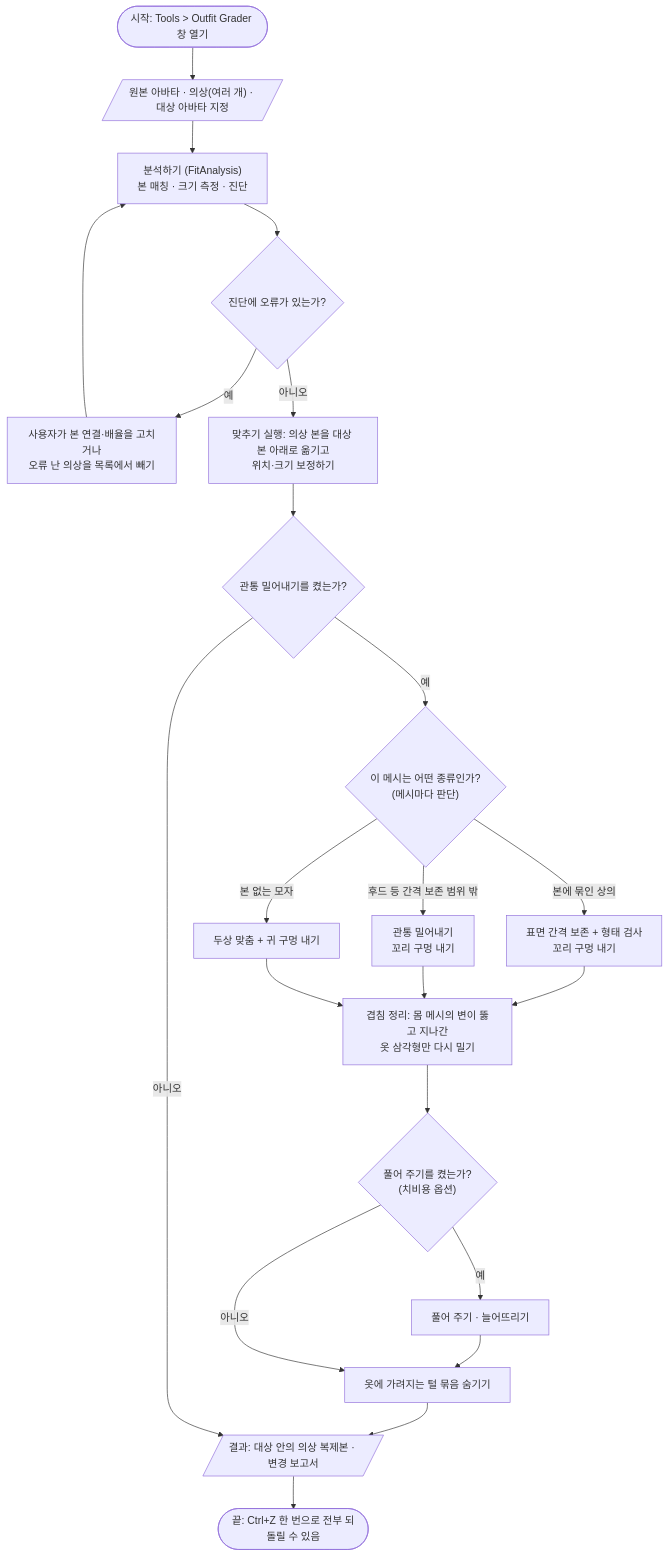
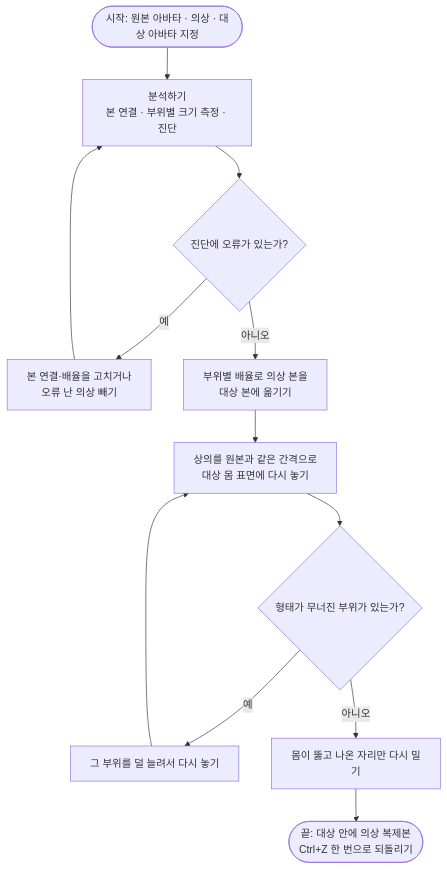
One commit to Ricopam/outfit-grader changed the first of 3 diagrams in README.md. Above: the diagram before and after it, drawn with Mermaid. The commit also changed other lines of this file, not shown here.

````diff
--- a/README.md
+++ b/README.md
@@ -182,24 +180,14 @@
 ```mermaid
 flowchart TD
-    START(["시작: Tools > Outfit Grader 창 열기"]) --> IN[/"원본 아바타 · 의상(여러 개) · 대상 아바타 지정"/]
-    IN --> AN["분석하기 (FitAnalysis)<br/>본 매칭 · 크기 측정 · 진단"]
+    START(["시작: 원본 아바타 · 의상 · 대상 아바타 지정"]) --> AN["분석하기<br/>본 연결 · 부위별 크기 측정 · 진단"]
     AN --> Q1{"진단에 오류가 있는가?"}
-    Q1 -->|예| FIX["사용자가 본 연결·배율을 고치거나<br/>오류 난 의상을 목록에서 빼기"]
+    Q1 -->|예| FIX["본 연결·배율을 고치거나<br/>오류 난 의상 빼기"]
     FIX --> AN
-    Q1 -->|아니오| PL["맞추기 실행: 의상 본을 대상 본 아래로 옮기고<br/>위치·크기 보정하기"]
-    PL --> Q2{"관통 밀어내기를 켰는가?"}
-    Q2 -->|예| Q3{"이 메시는 어떤 종류인가?<br/>(메시마다 판단)"}
-    Q3 -->|본에 묶인 상의| SO["표면 간격 보존 + 형태 검사<br/>꼬리 구멍 내기"]
-    Q3 -->|후드 등 간격 보존 범위 밖| PU["관통 밀어내기<br/>꼬리 구멍 내기"]
-    Q3 -->|본 없는 모자| HAT["두상 맞춤 + 귀 구멍 내기"]
-    SO --> RES["겹침 정리: 몸 메시의 변이 뚫고 지나간<br/>옷 삼각형만 다시 밀기"]
-    PU --> RES
-    HAT --> RES
-    RES --> Q4{"풀어 주기를 켰는가?<br/>(치비용 옵션)"}
-    Q4 -->|예| RLX["풀어 주기 · 늘어뜨리기"]
-    RLX --> FUR["옷에 가려지는 털 묶음 숨기기"]
-    Q4 -->|아니오| FUR
-    FUR --> OUT[/"결과: 대상 안의 의상 복제본 · 변경 보고서"/]
-    Q2 -->|아니오| OUT
-    OUT --> END(["끝: Ctrl+Z 한 번으로 전부 되돌릴 수 있음"])
+    Q1 -->|아니오| PL["부위별 배율로 의상 본을<br/>대상 본에 옮기기"]
+    PL --> SO["상의를 원본과 같은 간격으로<br/>대상 몸 표면에 다시 놓기"]
+    SO --> Q2{"형태가 무너진 부위가 있는가?"}
+    Q2 -->|예| LOW["그 부위를 덜 늘려서 다시 놓기"]
+    LOW --> SO
+    Q2 -->|아니오| RES["몸이 뚫고 나온 자리만 다시 밀기"]
+    RES --> END(["끝: 대상 안에 의상 복제본<br/>Ctrl+Z 한 번으로 되돌리기"])
 ```
````
